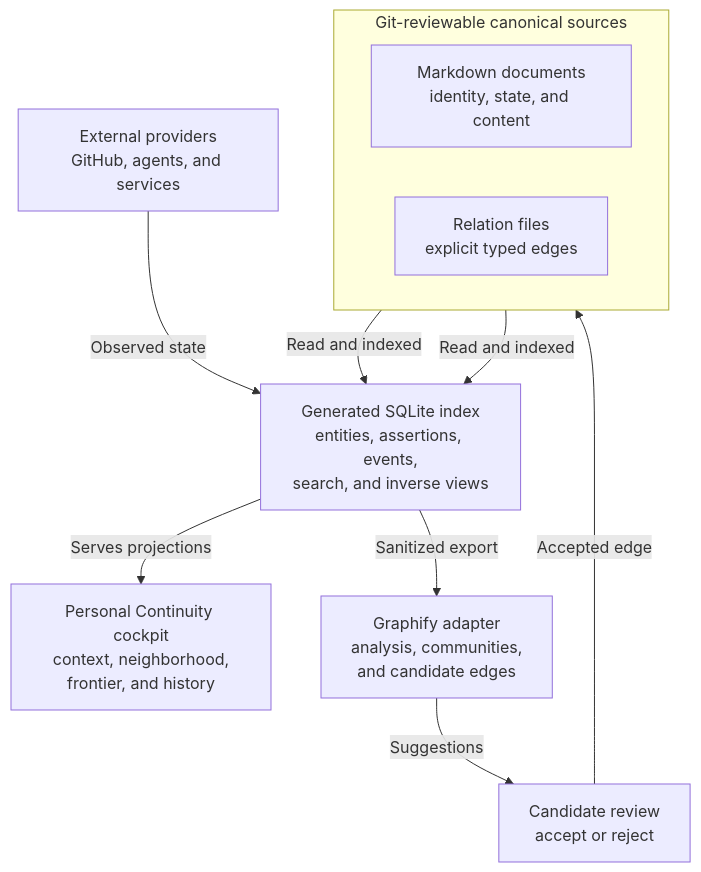
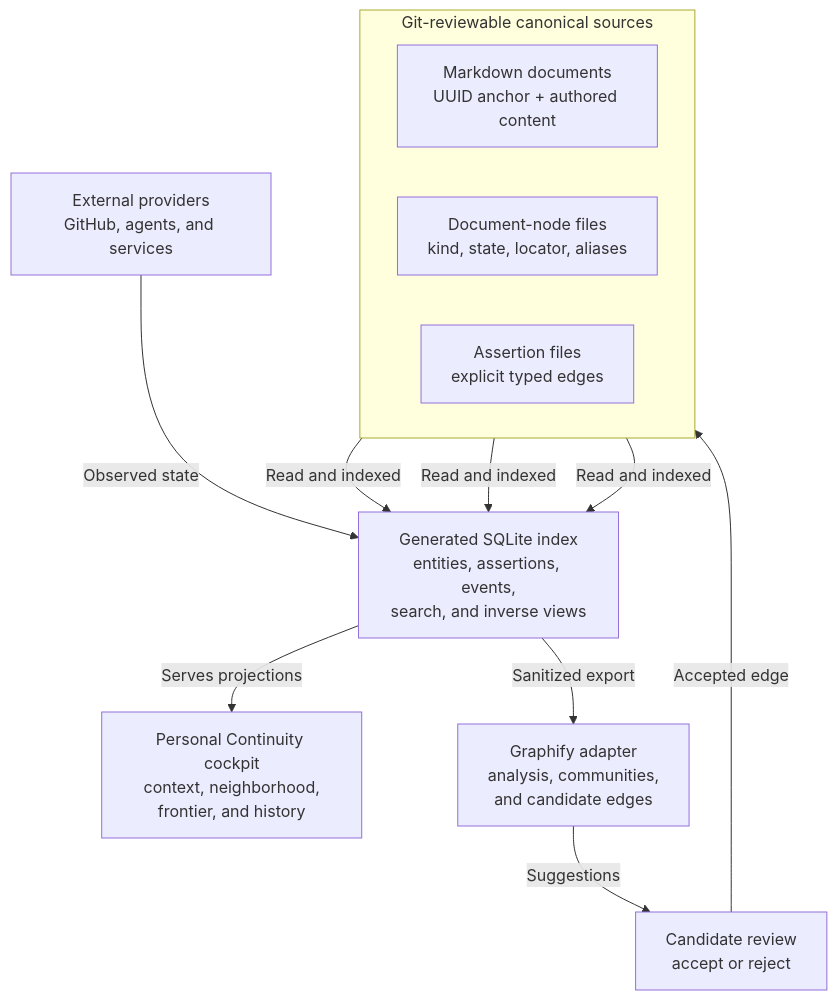
The diagram in research/RSCH-0009-graphify-and-canonical-relationship-store-fit.md (owensantoso/AGENT-DOCS), drawn with Mermaid before and after one commit. The commit also changed other lines of this file and 4 other files, not shown here.

Commit message:
Record native graph identity direction

````diff
--- a/research/RSCH-0009-graphify-and-canonical-relationship-store-fit.md
+++ b/research/RSCH-0009-graphify-and-canonical-relationship-store-fit.md
@@ -153,22 +170,24 @@
 ```mermaid
 flowchart TD
     subgraph SOURCES["Git-reviewable canonical sources"]
         direction LR
-        DOCS["Markdown documents<br/>identity, state, and content"]
-        RELS["Relation files<br/>explicit typed edges"]
+        DOCS["Markdown documents<br/>UUID anchor + authored content"]
+        NODES["Document-node files<br/>kind, state, locator, aliases"]
+        RELS["Assertion files<br/>explicit typed edges"]
     end
 
     PROVIDERS["External providers<br/>GitHub, agents, and services"]
     INDEX["Generated SQLite index<br/>entities, assertions, events,<br/>search, and inverse views"]
     APP["Personal Continuity cockpit<br/>context, neighborhood,<br/>frontier, and history"]
     GRAPHIFY["Graphify adapter<br/>analysis, communities,<br/>and candidate edges"]
     REVIEW["Candidate review<br/>accept or reject"]
 
     DOCS -->|"Read and indexed"| INDEX
+    NODES -->|"Read and indexed"| INDEX
     RELS -->|"Read and indexed"| INDEX
     PROVIDERS -->|"Observed state"| INDEX
     INDEX -->|"Serves projections"| APP
     INDEX -->|"Sanitized export"| GRAPHIFY
     GRAPHIFY -->|"Suggestions"| REVIEW
     REVIEW -->|"Accepted edge"| RELS
 ```
````
